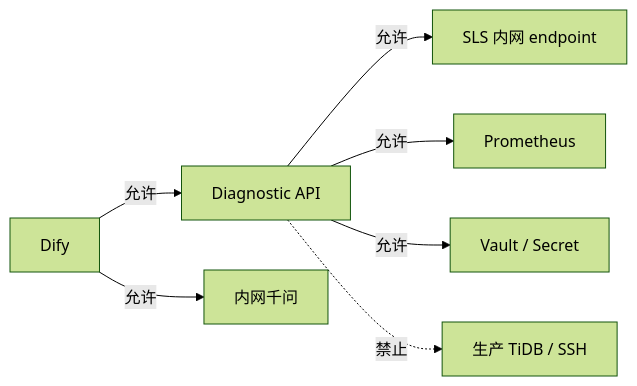
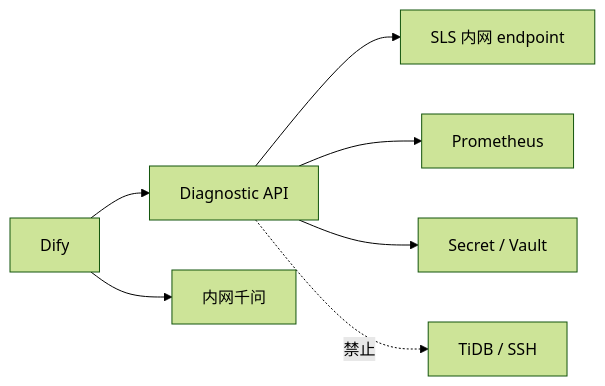
The third of 3 diagrams in docs/tidb-diag-agent-technical-design.md (yangzhengjie/tidb-diag), drawn with Mermaid (forest theme) before and after one commit. The commit also changed other lines of this file and 1 other file, not shown here.

````diff
--- a/docs/tidb-diag-agent-technical-design.md
+++ b/docs/tidb-diag-agent-technical-design.md
@@ -1014,9 +575,9 @@
 ```mermaid
 flowchart LR
-    Dify["Dify"] -->|允许| API["Diagnostic API"]
-    Dify -->|允许| Model["内网千问"]
-    API -->|允许| SLS["SLS 内网 endpoint"]
-    API -->|允许| Prom["Prometheus"]
-    API -->|允许| Vault["Vault / Secret"]
-    API -.->|禁止| Prod["生产 TiDB / SSH"]
+    Dify["Dify"] --> API["Diagnostic API"]
+    Dify --> Model["内网千问"]
+    API --> SLS["SLS 内网 endpoint"]
+    API --> Prom["Prometheus"]
+    API --> Secret["Secret / Vault"]
+    API -.->|"禁止"| Prod["TiDB / SSH"]
 ```
````
